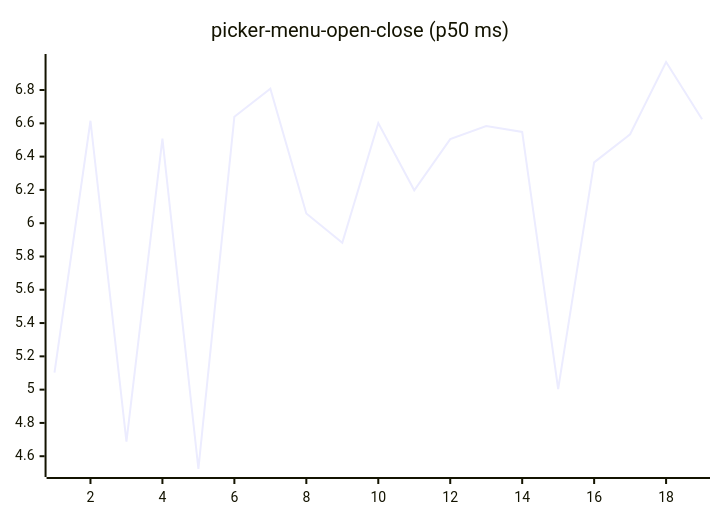
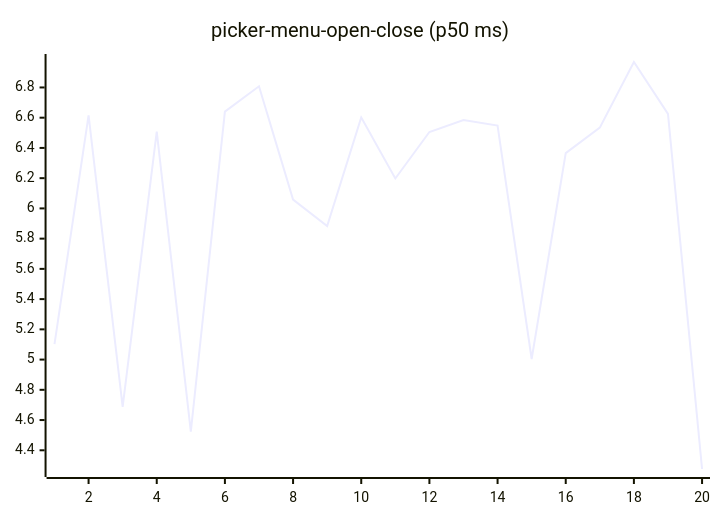
Diagram 16 of 27 in README.md (josha/Facet), drawn with Mermaid before and after one commit. The commit also changed other lines of this file and 2 other files, not shown here.

````diff
--- a/README.md
+++ b/README.md
@@ -168,6 +168,6 @@
 ```mermaid
 xychart-beta
     title "picker-menu-open-close (p50 ms)"
-    x-axis 1 --> 19
-    line [5.1020, 6.6154, 4.6873, 6.5076, 4.5232, 6.6400, 6.8077, 6.0581, 5.8829, 6.6018, 6.1978, 6.5053, 6.5840, 6.5483, 5.0039, 6.3653, 6.5343, 6.9684, 6.6249]
+    x-axis 1 --> 20
+    line [5.1020, 6.6154, 4.6873, 6.5076, 4.5232, 6.6400, 6.8077, 6.0581, 5.8829, 6.6018, 6.1978, 6.5053, 6.5840, 6.5483, 5.0039, 6.3653, 6.5343, 6.9684, 6.6249, 4.2762]
 ```
````
